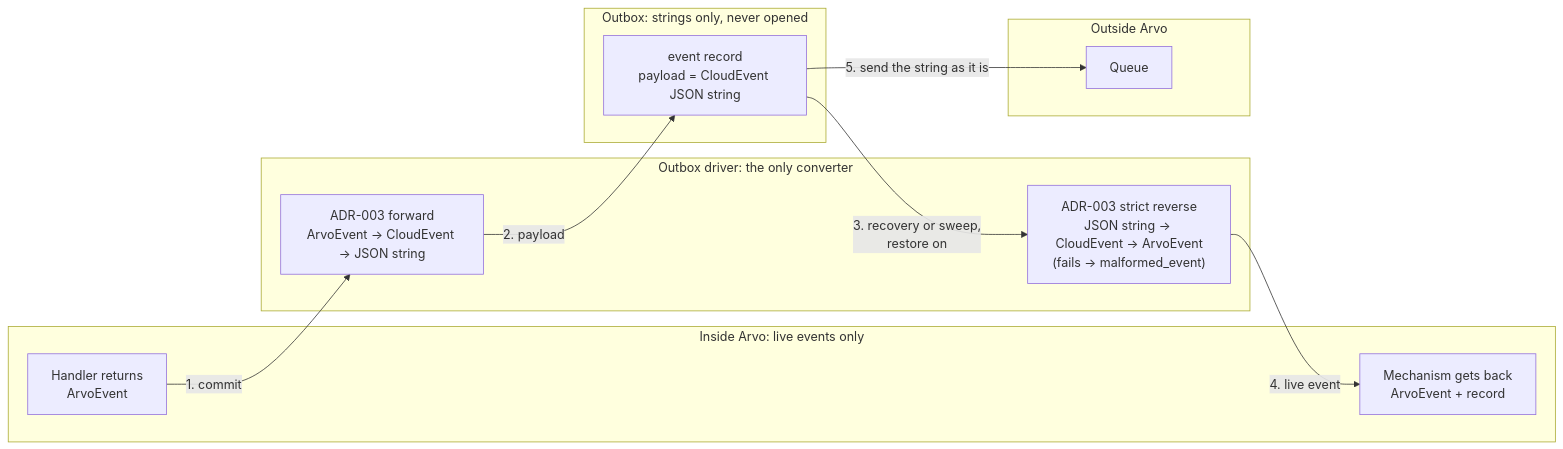
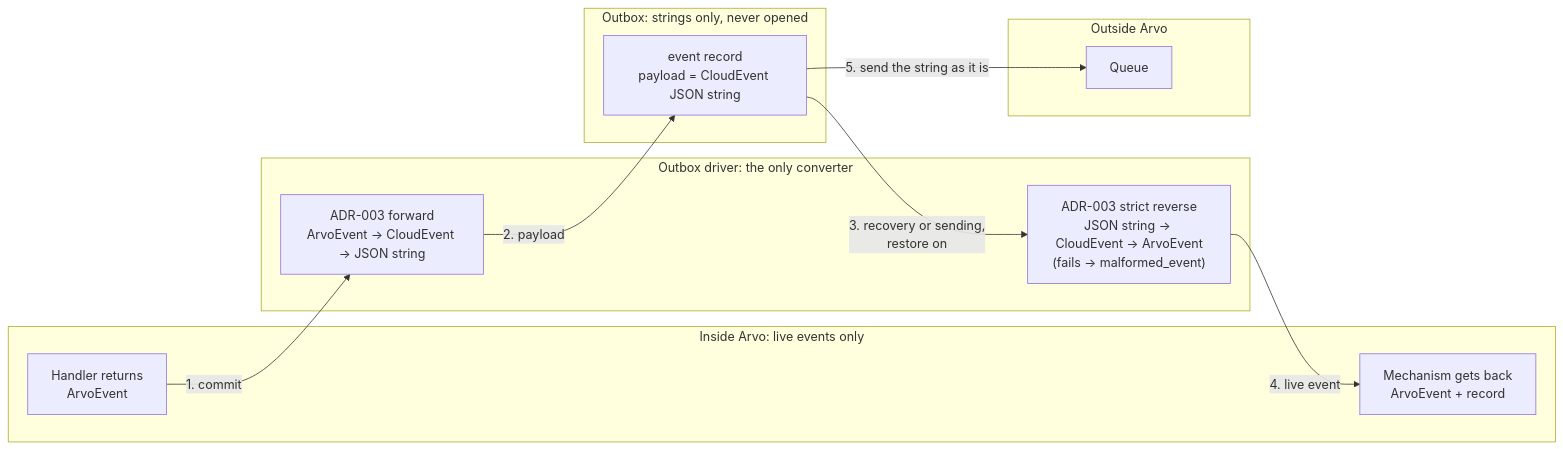
One commit to SaadAhmad123/arvo-core changed the second of 3 diagrams in docs/adr/020-outbox-driver.md. Above: the diagram before and after it, drawn with Mermaid. The commit also changed other lines of this file and 3 other files, not shown here.

````diff
--- a/docs/adr/020-outbox-driver.md
+++ b/docs/adr/020-outbox-driver.md
@@ -81,22 +82,22 @@
 ```mermaid
 flowchart LR
     subgraph arvo["Inside Arvo: live events only"]
         H["Handler returns<br/>ArvoEvent"]
         R["Mechanism gets back<br/>ArvoEvent + record"]
     end
     subgraph driver["Outbox driver: the only converter"]
         F["ADR-003 forward<br/>ArvoEvent → CloudEvent → JSON string"]
         B["ADR-003 strict reverse<br/>JSON string → CloudEvent → ArvoEvent<br/>(fails → malformed_event)"]
     end
     subgraph outbox["Outbox: strings only, never opened"]
         P["event record<br/>payload = CloudEvent JSON string"]
     end
     subgraph outside["Outside Arvo"]
         Q["Queue"]
     end
     H -- "1. commit" --> F
     F -- "2. payload" --> P
-    P -- "3. recovery or sweep,<br/>restore on" --> B
+    P -- "3. recovery or sending,<br/>restore on" --> B
     B -- "4. live event" --> R
     P -- "5. send the string as it is" --> Q
 ```
````
